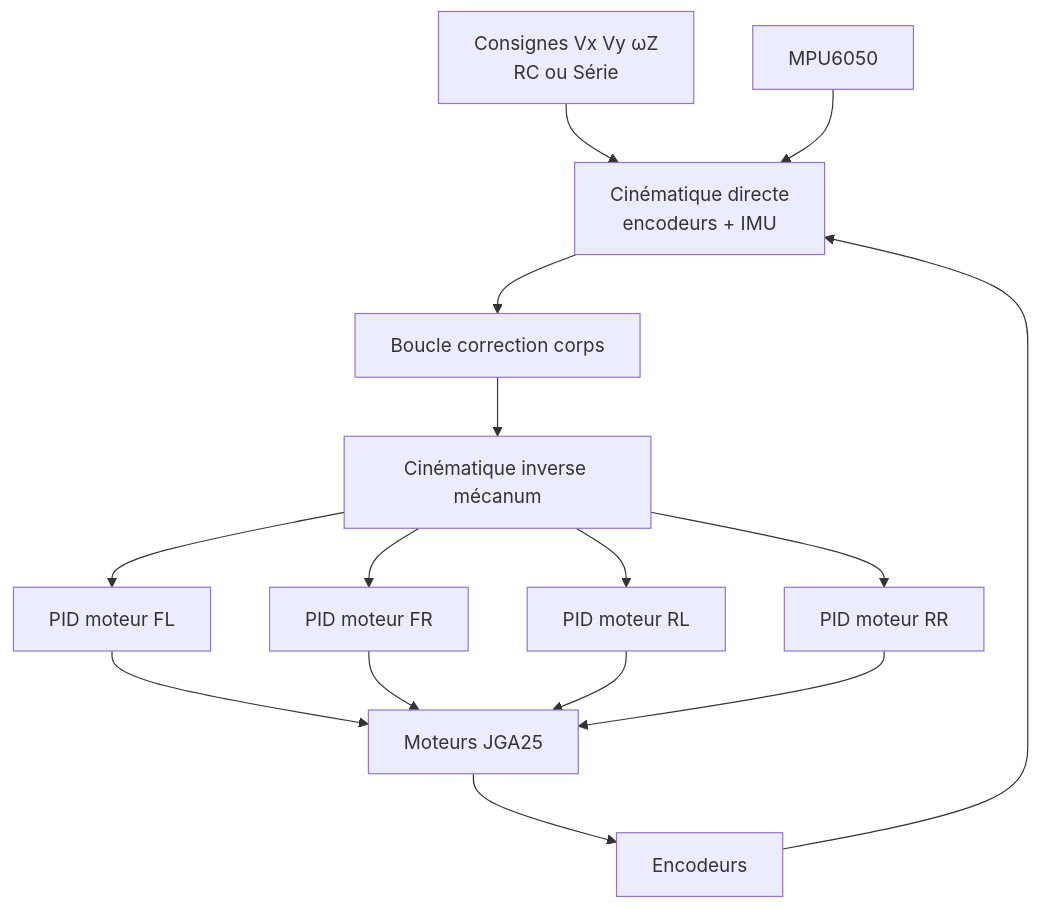
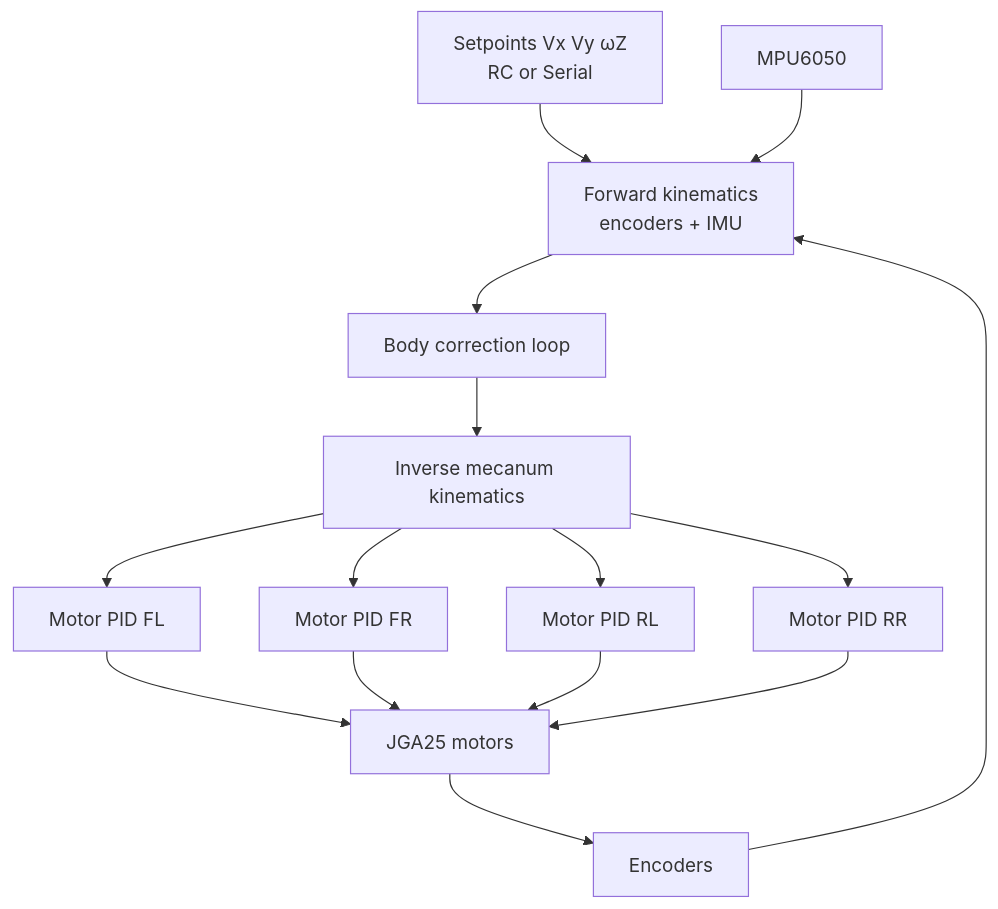
The first of 2 diagrams in README.md (ClemDFZ/rc_control), drawn with Mermaid before and after one commit. The commit also changed other lines of this file, not shown here.

````diff
--- a/README.md
+++ b/README.md
@@ -133,14 +133,14 @@
 ```mermaid
 flowchart TD
-    SP[Consignes Vx Vy ωZ<br/>RC ou Série] --> FK[Cinématique directe<br/>encodeurs + IMU]
-    FK --> OUT[Boucle correction corps]
-    OUT --> IK[Cinématique inverse mécanum]
-    IK --> M1[PID moteur FL]
-    IK --> M2[PID moteur FR]
-    IK --> M3[PID moteur RL]
-    IK --> M4[PID moteur RR]
-    M1 & M2 & M3 & M4 --> ACT[Moteurs JGA25]
-    ACT --> ENC[Encodeurs]
+    SP[Setpoints Vx Vy ωZ<br/>RC or Serial] --> FK[Forward kinematics<br/>encoders + IMU]
+    FK --> OUT[Body correction loop]
+    OUT --> IK[Inverse mecanum kinematics]
+    IK --> M1[Motor PID FL]
+    IK --> M2[Motor PID FR]
+    IK --> M3[Motor PID RL]
+    IK --> M4[Motor PID RR]
+    M1 & M2 & M3 & M4 --> ACT[JGA25 motors]
+    ACT --> ENC[Encoders]
     ENC --> FK
     IMU[MPU6050] --> FK
 ```
````
